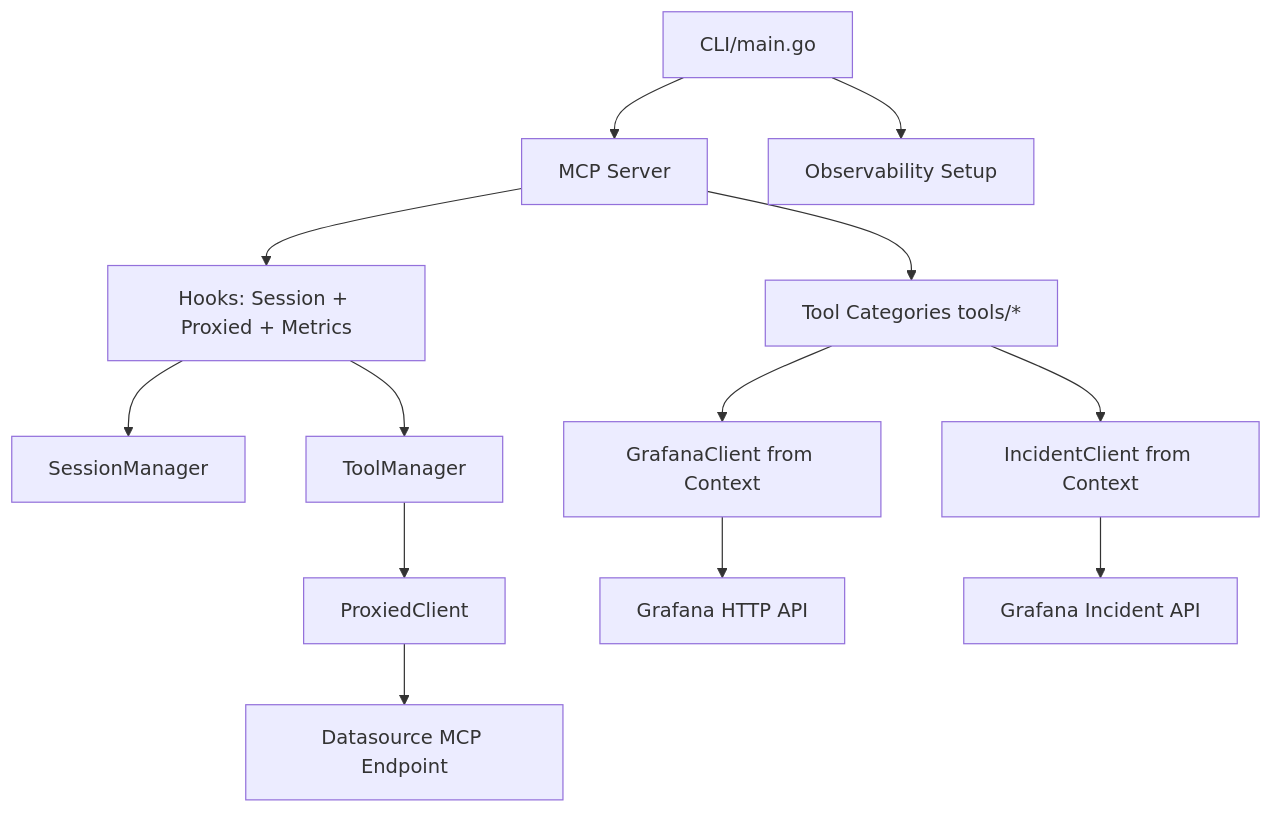
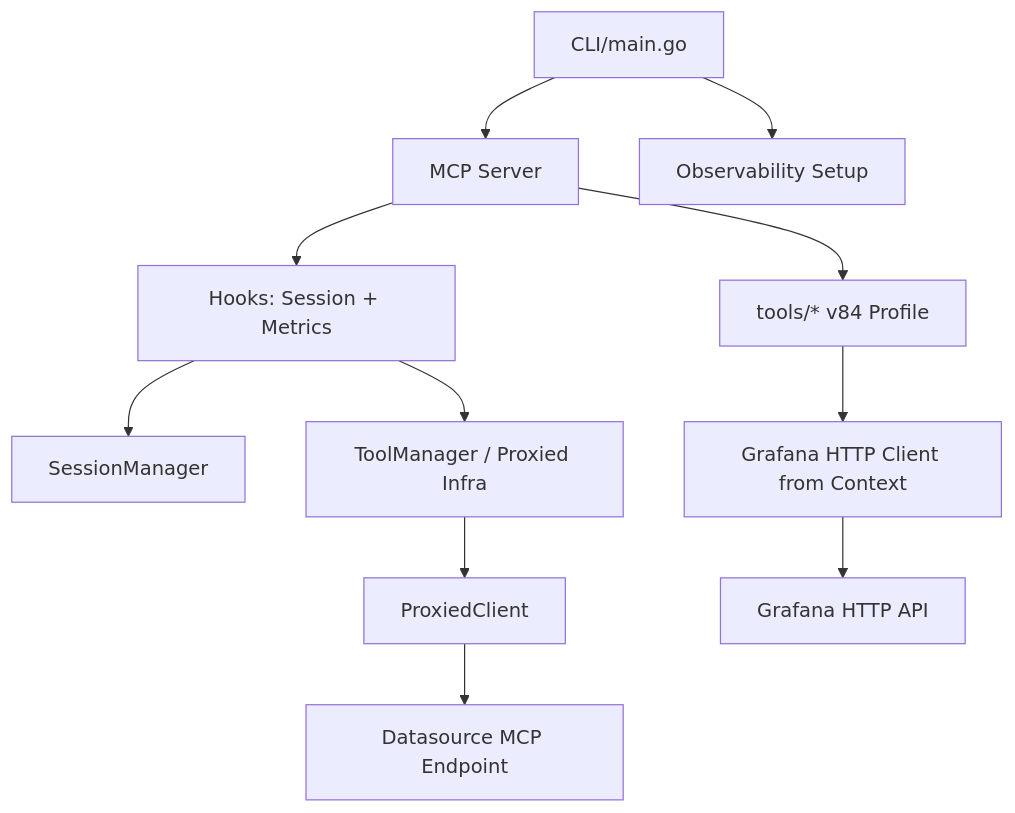
Before and after one commit to bingshuoguo/grafana-v8-mcp: the first of 2 diagrams in docs/project-architecture.md, drawn with Mermaid. The commit also changed other lines of this file and 11 other files, not shown here.

````diff
--- a/docs/project-architecture.md
+++ b/docs/project-architecture.md
@@ -24,15 +23,13 @@
 ```mermaid
 graph TD
   A[CLI/main.go] --> B[MCP Server]
   A --> C[Observability Setup]
-  B --> D[Tool Categories tools/*]
-  B --> E[Hooks: Session + Proxied + Metrics]
+  B --> D[tools/* v84 Profile]
+  B --> E[Hooks: Session + Metrics]
   E --> F[SessionManager]
-  E --> G[ToolManager]
+  E --> G[ToolManager / Proxied Infra]
   G --> H[ProxiedClient]
-  D --> I[GrafanaClient from Context]
-  D --> J[IncidentClient from Context]
+  D --> I[Grafana HTTP Client from Context]
   I --> K[Grafana HTTP API]
-  J --> L[Grafana Incident API]
   H --> M[Datasource MCP Endpoint]
 ```
````
